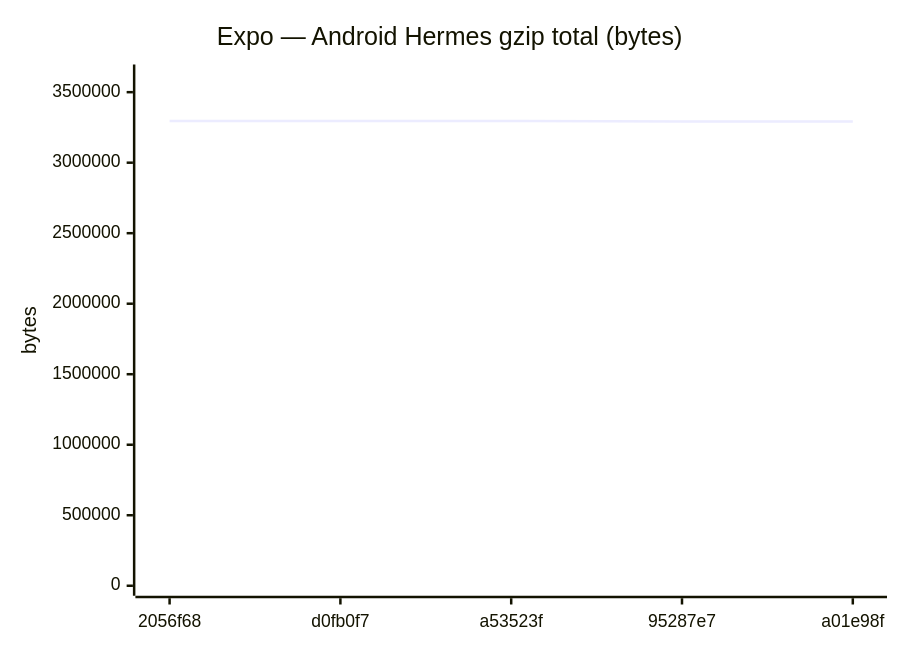
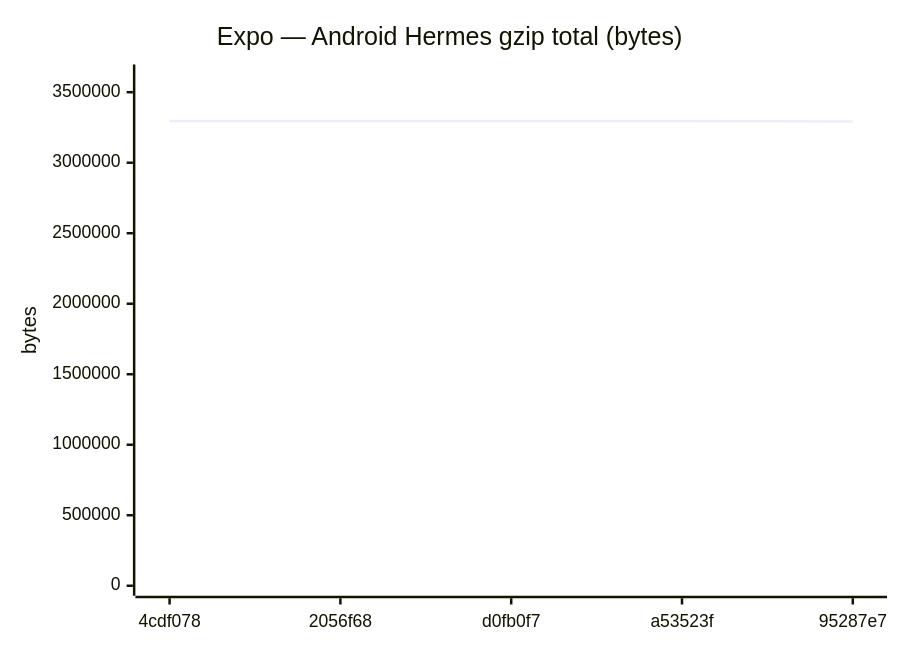
One commit to Metaheurist/Rianell changed diagram 11 of 18 in benchmarks/compare.md. Above: the diagram before and after it, drawn with Mermaid. The commit also changed other lines of this file and 11 other files, not shown here.

````diff
--- a/benchmarks/compare.md
+++ b/benchmarks/compare.md
@@ -172,7 +172,7 @@
 ```mermaid
 xychart-beta
     title "Expo — Android Hermes gzip total (bytes)"
-    x-axis ["2056f68", "d0fb0f7", "a53523f", "95287e7", "a01e98f"]
-    y-axis "bytes" 0 --> 3625338
-    line [3295761, 3295758, 3295757, 3291461, 3291455]
+    x-axis ["4cdf078", "2056f68", "d0fb0f7", "a53523f", "95287e7"]
+    y-axis "bytes" 0 --> 3625571
+    line [3295973, 3295761, 3295758, 3295757, 3291461]
 ```
````
